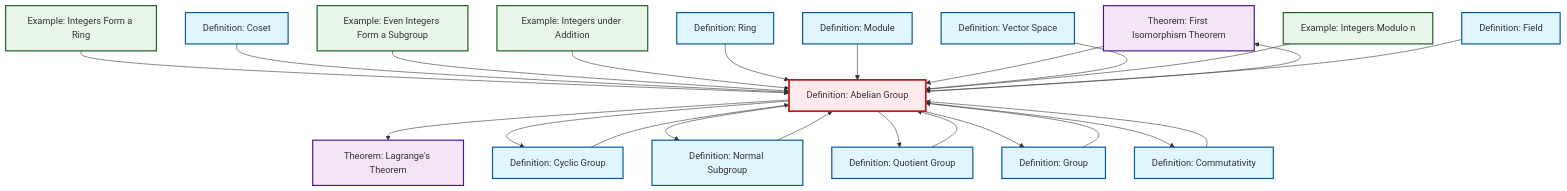
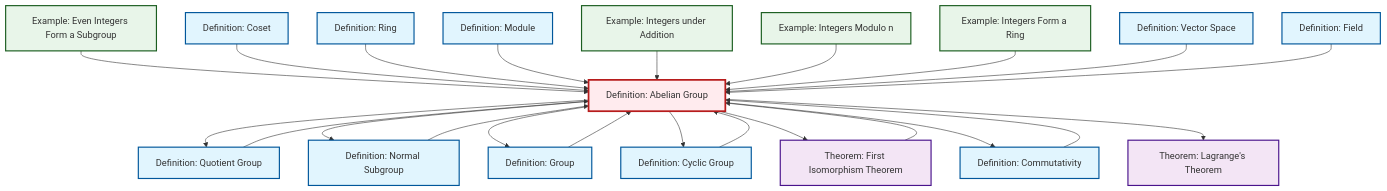
One commit to RK0429/ModernMath changed the diagram in content/en/algebra/def-abelian-group.qmd. Above: the diagram before and after it, drawn with Mermaid. The commit also changed other lines of this file and 491 other files, not shown here.

````diff
--- a/content/en/algebra/def-abelian-group.qmd
+++ b/content/en/algebra/def-abelian-group.qmd
@@ -101,65 +101,65 @@
 ```{mermaid}
 %%| fig-cap: "Local dependency graph"
 graph TD
     classDef definition fill:#e1f5fe,stroke:#01579b,stroke-width:2px
     classDef theorem fill:#f3e5f5,stroke:#4a148c,stroke-width:2px
     classDef axiom fill:#fff3e0,stroke:#e65100,stroke-width:2px
     classDef example fill:#e8f5e9,stroke:#1b5e20,stroke-width:2px
     classDef current fill:#ffebee,stroke:#b71c1c,stroke-width:3px
+    def-module["Definition: Module"]:::definition
+    ex-quotient-integers-mod-n["Example: Integers Modulo n"]:::example
+    def-abelian-group["Definition: Abelian Group"]:::definition
+    def-commutativity["Definition: Commutativity"]:::definition
+    def-normal-subgroup["Definition: Normal Subgroup"]:::definition
+    def-cyclic-group["Definition: Cyclic Group"]:::definition
     thm-first-isomorphism["Theorem: First Isomorphism Theorem"]:::theorem
-    ex-integers-addition["Example: Integers under Addition"]:::example
-    def-vector-space["Definition: Vector Space"]:::definition
+    ex-even-integers-subgroup["Example: Even Integers Form a Subgroup"]:::example
+    def-coset["Definition: Coset"]:::definition
     def-field["Definition: Field"]:::definition
     def-group["Definition: Group"]:::definition
-    def-cyclic-group["Definition: Cyclic Group"]:::definition
+    ex-integers-addition["Example: Integers under Addition"]:::example
+    thm-lagrange["Theorem: Lagrange's Theorem"]:::theorem
+    def-vector-space["Definition: Vector Space"]:::definition
     def-ring["Definition: Ring"]:::definition
-    thm-lagrange["Theorem: Lagrange's Theorem"]:::theorem
-    def-commutativity["Definition: Commutativity"]:::definition
-    def-abelian-group["Definition: Abelian Group"]:::definition
-    ex-even-integers-subgroup["Example: Even Integers Form a Subgroup"]:::example
-    def-module["Definition: Module"]:::definition
     ex-integers-ring["Example: Integers Form a Ring"]:::example
-    ex-quotient-integers-mod-n["Example: Integers Modulo n"]:::example
-    def-coset["Definition: Coset"]:::definition
-    def-normal-subgroup["Definition: Normal Subgroup"]:::definition
     def-quotient-group["Definition: Quotient Group"]:::definition
-    def-abelian-group --> thm-lagrange
-    ex-integers-ring --> def-abelian-group
+    ex-even-integers-subgroup --> def-abelian-group
+    def-coset --> def-abelian-group
+    def-abelian-group --> def-quotient-group
+    def-ring --> def-abelian-group
+    def-normal-subgroup --> def-abelian-group
+    def-module --> def-abelian-group
+    ex-integers-addition --> def-abelian-group
+    def-group --> def-abelian-group
+    thm-first-isomorphism --> def-abelian-group
+    def-quotient-group --> def-abelian-group
+    def-abelian-group --> def-normal-subgroup
+    ex-quotient-integers-mod-n --> def-abelian-group
+    def-abelian-group --> def-group
     def-commutativity --> def-abelian-group
     def-abelian-group --> def-cyclic-group
-    def-normal-subgroup --> def-abelian-group
-    def-abelian-group --> def-normal-subgroup
-    def-abelian-group --> def-quotient-group
-    def-coset --> def-abelian-group
     def-abelian-group --> thm-first-isomorphism
-    def-abelian-group --> def-group
-    def-group --> def-abelian-group
     def-abelian-group --> def-commutativity
-    ex-even-integers-subgroup --> def-abelian-group
-    ex-integers-addition --> def-abelian-group
-    def-ring --> def-abelian-group
-    def-module --> def-abelian-group
-    thm-first-isomorphism --> def-abelian-group
+    ex-integers-ring --> def-abelian-group
+    def-abelian-group --> thm-lagrange
     def-vector-space --> def-abelian-group
+    def-field --> def-abelian-group
     def-cyclic-group --> def-abelian-group
-    ex-quotient-integers-mod-n --> def-abelian-group
-    def-field --> def-abelian-group
-    def-quotient-group --> def-abelian-group
     class def-abelian-group current
+    click def-module "def-module.html" "Go to Module definition"
+    click ex-quotient-integers-mod-n "ex-quotient-integers-mod-n.html" "Go to Integers Modulo n example"
+    click def-commutativity "def-commutativity.html" "Go to Commutativity definition"
+    click def-normal-subgroup "def-normal-subgroup.html" "Go to Normal Subgroup definition"
+    click def-cyclic-group "def-cyclic-group.html" "Go to Cyclic Group definition"
     click thm-first-isomorphism "thm-first-isomorphism.html" "Go to First Isomorphism Theorem theorem"
-    click ex-integers-addition "ex-integers-addition.html" "Go to Integers under Addition example"
-    click def-vector-space "def-vector-space.html" "Go to Vector Space definition"
+    click ex-even-integers-subgroup "ex-even-integers-subgroup.html" "Go to Even Integers Form a Subgroup example"
+    click def-coset "def-coset.html" "Go to Coset definition"
     click def-field "def-field.html" "Go to Field definition"
     click def-group "def-group.html" "Go to Group definition"
-    click def-cyclic-group "def-cyclic-group.html" "Go to Cyclic Group definition"
+    click ex-integers-addition "ex-integers-addition.html" "Go to Integers under Addition example"
+    click thm-lagrange "thm-lagrange.html" "Go to Lagrange's Theorem theorem"
+    click def-vector-space "def-vector-space.html" "Go to Vector Space definition"
     click def-ring "def-ring.html" "Go to Ring definition"
-    click thm-lagrange "thm-lagrange.html" "Go to Lagrange's Theorem theorem"
-    click def-commutativity "def-commutativity.html" "Go to Commutativity definition"
-    click ex-even-integers-subgroup "ex-even-integers-subgroup.html" "Go to Even Integers Form a Subgroup example"
-    click def-module "def-module.html" "Go to Module definition"
     click ex-integers-ring "ex-integers-ring.html" "Go to Integers Form a Ring example"
-    click ex-quotient-integers-mod-n "ex-quotient-integers-mod-n.html" "Go to Integers Modulo n example"
-    click def-coset "def-coset.html" "Go to Coset definition"
-    click def-normal-subgroup "def-normal-subgroup.html" "Go to Normal Subgroup definition"
     click def-quotient-group "def-quotient-group.html" "Go to Quotient Group definition"
 ```
````
